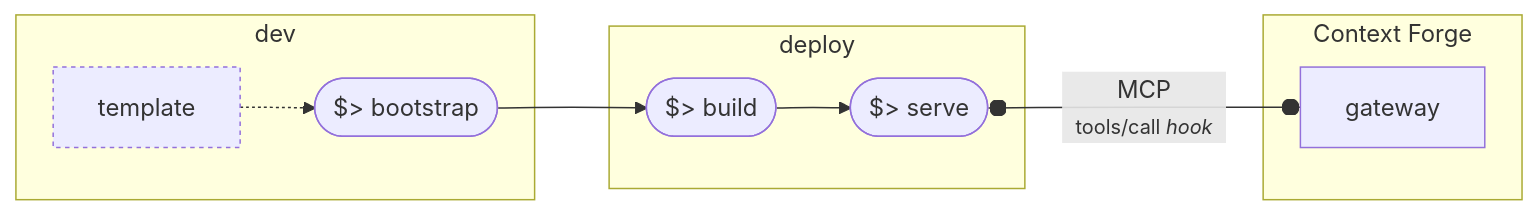
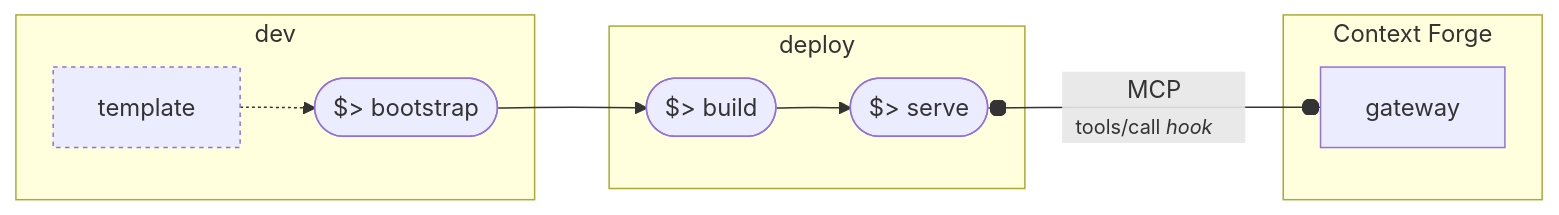
One commit to IBM/mcp-context-forge changed the diagram in docs/docs/using/plugins/lifecycle.md. Above: the diagram before and after it, drawn with Mermaid.

Commit message:
docs: minor change

````diff
--- a/docs/docs/using/plugins/lifecycle.md
+++ b/docs/docs/using/plugins/lifecycle.md
@@ -9,25 +9,25 @@
 ```mermaid
 graph LR
 
     A["template"]
     B(["$> bootstrap"])
     C(["$> build"])
     D(["$> serve"])
 
     subgraph dev
         A -.-> B
     end
 
     subgraph deploy
         C --> D
     end
 
     B --> C
 
     subgraph CF["Context Forge"]
         E["gateway"]
-        D o--"MCP<br>&nbsp;&nbsp;<small>tools/call <i>hook</i></small>&nbsp;&nbsp;"--o E
+        D o--"MCP<br>&nbsp;&nbsp;<small>tools/call <i>hook</i></small>&nbsp;&nbsp;&nbsp;&nbsp;&nbsp;"--o E
     end
 
     style A stroke-dasharray: 3 3;
 ```
````
